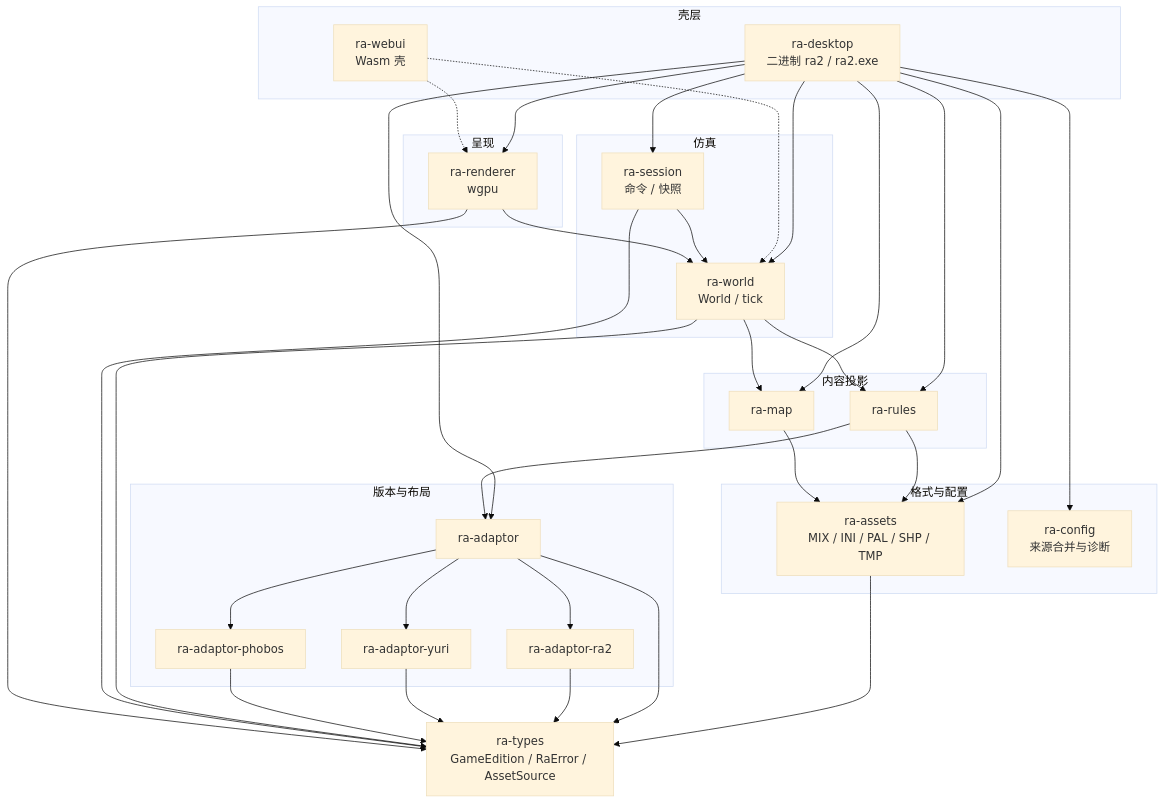
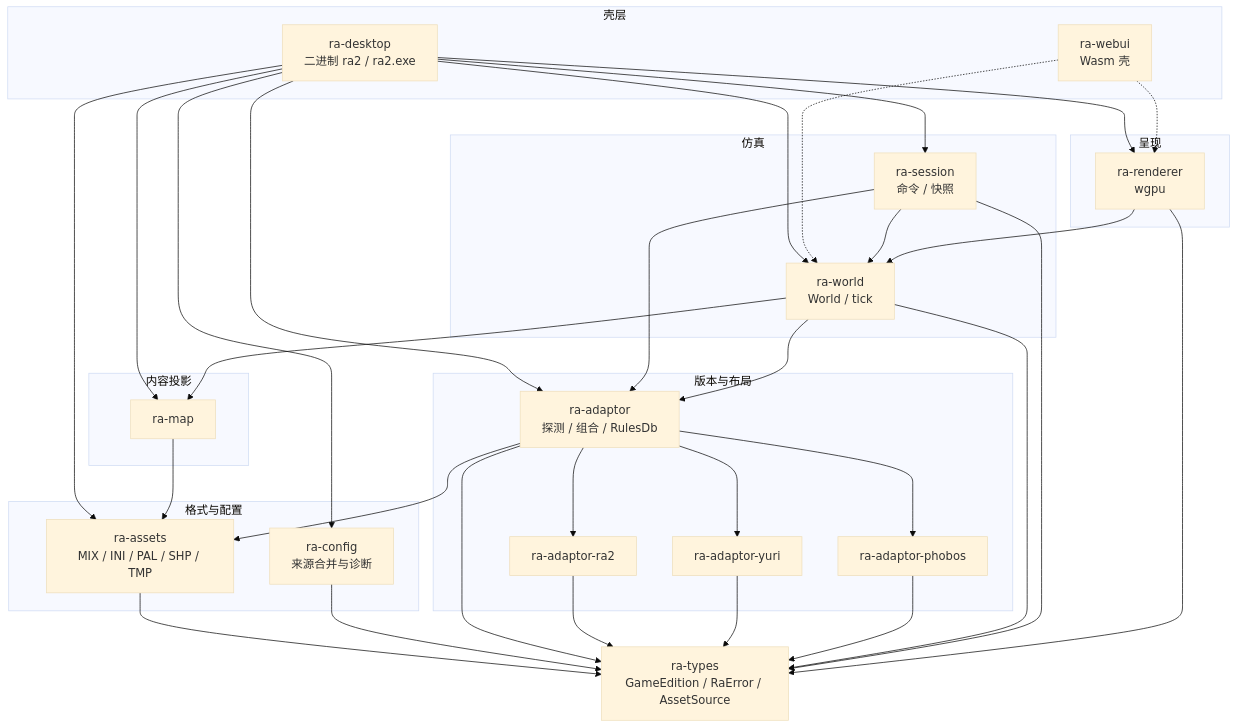
Before and after one commit to rust-alert/ra2.exe: the first of 2 diagrams in readme.md, drawn with Mermaid (base theme). The commit also changed other lines of this file and 7 other files, not shown here.

````diff
--- a/readme.md
+++ b/readme.md
@@ -17,63 +17,62 @@
 ```mermaid
 flowchart TB
     subgraph shells["壳层"]
         desktop["ra-desktop<br/>二进制 ra2 / ra2.exe"]
         webui["ra-webui<br/>Wasm 壳"]
     end
 
     subgraph present["呈现"]
         renderer["ra-renderer<br/>wgpu"]
     end
 
     subgraph sim["仿真"]
         world["ra-world<br/>World / tick"]
         session["ra-session<br/>命令 / 快照"]
     end
 
     subgraph content["内容投影"]
-        rules["ra-rules"]
         map["ra-map"]
     end
 
     subgraph formats["格式与配置"]
         assets["ra-assets<br/>MIX / INI / PAL / SHP / TMP"]
         config["ra-config<br/>来源合并与诊断"]
     end
 
     subgraph adapt["版本与布局"]
-        adaptor["ra-adaptor"]
+        adaptor["ra-adaptor<br/>探测 / 组合 / RulesDb"]
         ra2tbl["ra-adaptor-ra2"]
         yrtbl["ra-adaptor-yuri"]
         mo3["ra-adaptor-phobos"]
     end
 
     types["ra-types<br/>GameEdition / RaError / AssetSource"]
     desktop --> config
     desktop --> renderer
     desktop --> session
     desktop --> world
-    desktop --> rules
     desktop --> map
     desktop --> assets
     desktop --> adaptor
     webui -.-> renderer
     webui -.-> world
     session --> world
+    session --> adaptor
     renderer --> world
-    world --> rules
+    world --> adaptor
     world --> map
-    rules --> adaptor
-    rules --> assets
     map --> assets
+    adaptor --> assets
     adaptor --> ra2tbl
     adaptor --> yrtbl
     adaptor --> mo3
     assets --> types
+    config --> types
     adaptor --> types
     ra2tbl --> types
     yrtbl --> types
     mo3 --> types
     world --> types
     session --> types
     renderer --> types
 ```
````
